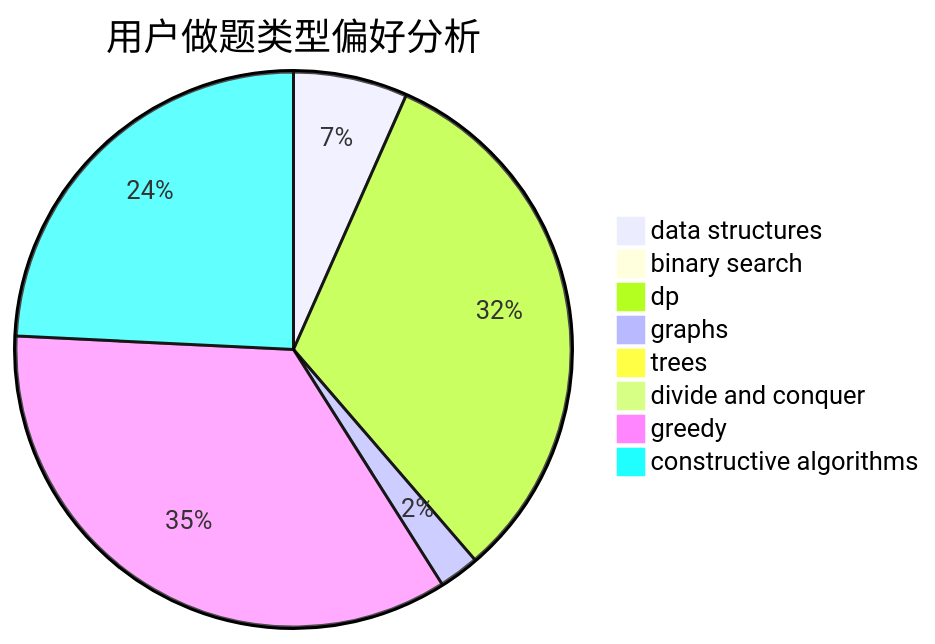
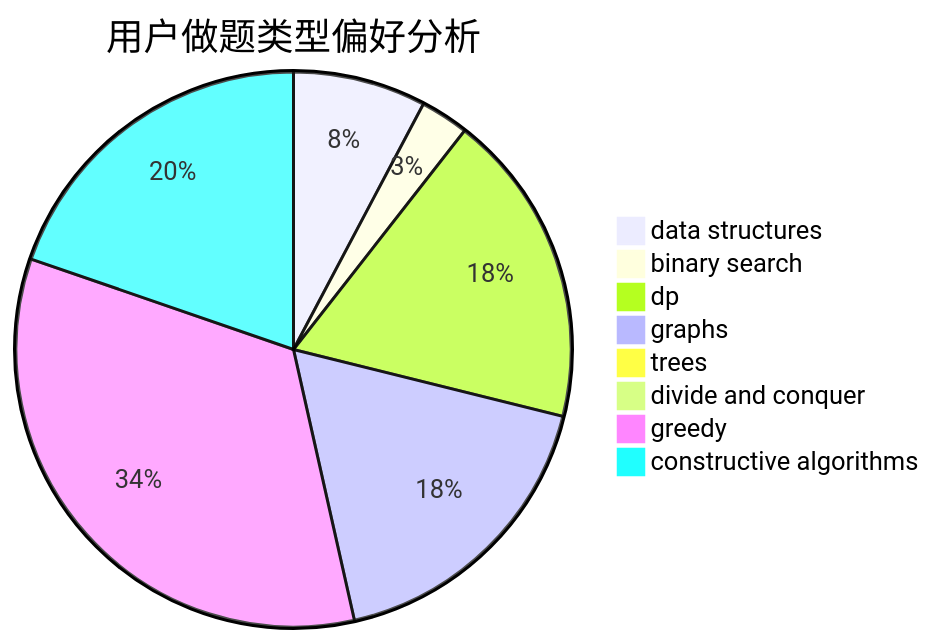
The second of 3 diagrams in docs/user/u1971.md (sherpahu/cfrs.github.io), drawn with Mermaid before and after one commit. The commit also changed other lines of this file and 2770 other files, not shown here.

````diff
--- a/docs/user/u1971.md
+++ b/docs/user/u1971.md
@@ -23,11 +23,11 @@
 ```mermaid
 pie title 用户做题类型偏好分析
-    "data structures" :  17
-    "binary search" :  0
-    "dp" :  82
-    "graphs" :  6
+    "data structures" :  11
+    "binary search" :  4
+    "dp" :  26
+    "graphs" :  25
     "trees" :  0
     "divide and conquer" :  0
-    "greedy" :  89
-    "constructive algorithms" :  62
+    "greedy" :  48
+    "constructive algorithms" :  28
 ```
````
